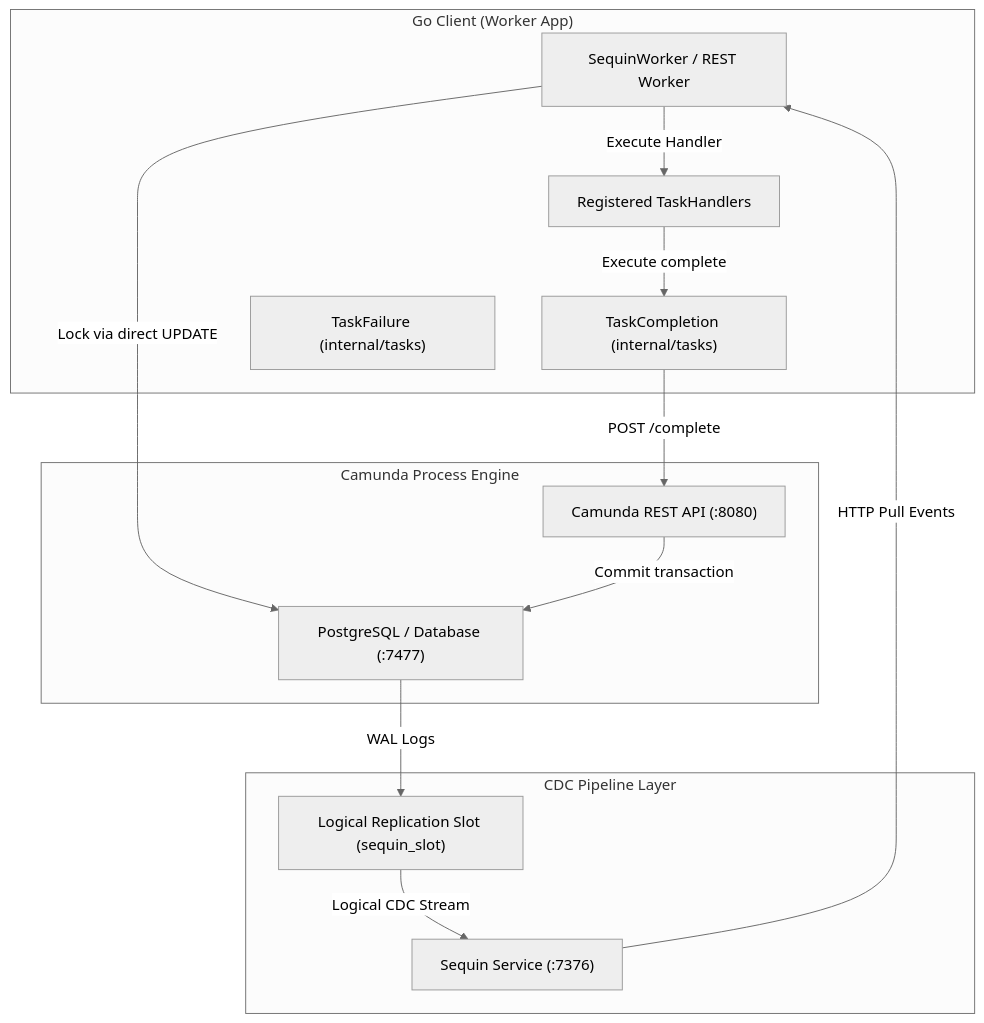
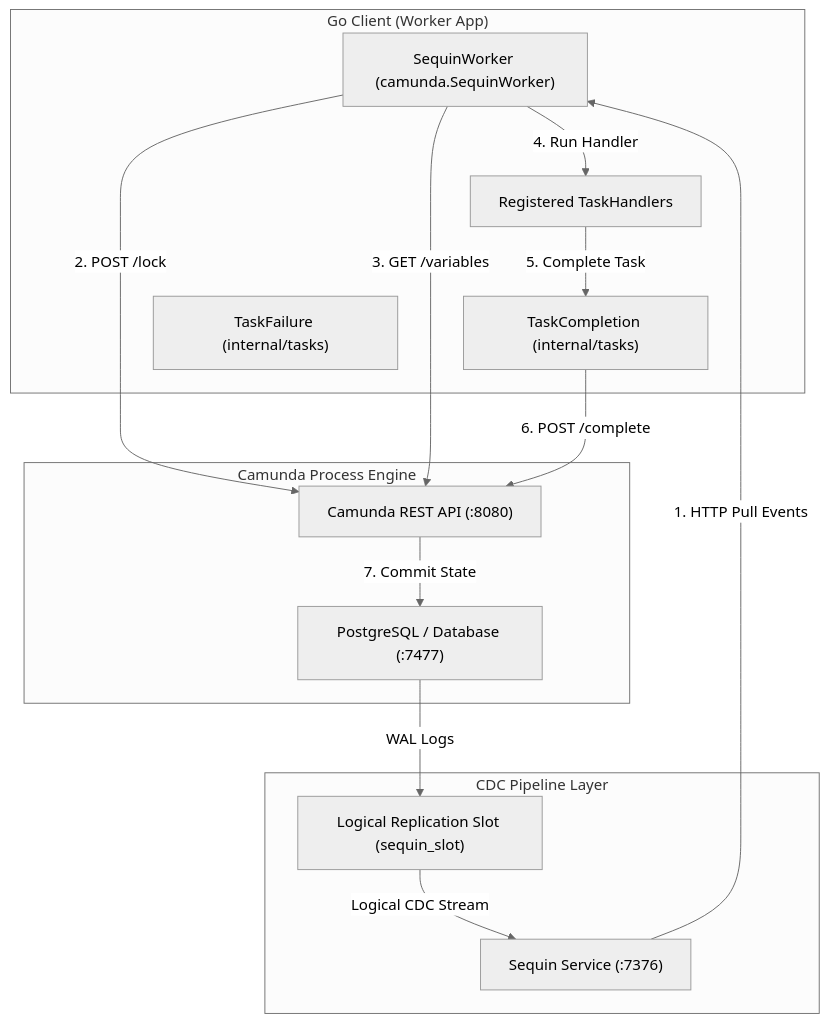
One commit to nativebpm/connectors changed the diagram in camunda/examples/loadtest/camunda-load-test-results.md. Above: the diagram before and after it, drawn with Mermaid (neutral theme). The commit also changed other lines of this file and 5 other files, not shown here.

Commit message:
feat(camunda): refactor Sequin CDC worker to run database-free, utilizing Camunda REST APIs for locking and variables

````diff
--- a/camunda/examples/loadtest/camunda-load-test-results.md
+++ b/camunda/examples/loadtest/camunda-load-test-results.md
@@ -15,31 +15,32 @@
 ```mermaid
 graph TD
     subgraph "Go Client (Worker App)"
-        Worker["SequinWorker / REST Worker"]
+        Worker["SequinWorker (camunda.SequinWorker)"]
         TC["TaskCompletion (internal/tasks)"]
         TF["TaskFailure (internal/tasks)"]
         Handlers["Registered TaskHandlers"]
     end
     
     subgraph "CDC Pipeline Layer"
         Sequin["Sequin Service (:7376)"]
         WAL["Logical Replication Slot (sequin_slot)"]
     end
     
     subgraph "Camunda Process Engine"
         REST["Camunda REST API (:8080)"]
         DB["PostgreSQL / Database (:7477)"]
     end
 
     %% WAL CDC path
     DB -->|WAL Logs| WAL
     WAL -->|Logical CDC Stream| Sequin
-    Sequin -->|HTTP Pull Events| Worker
+    Sequin -->|1. HTTP Pull Events| Worker
     
     %% Task execution path
-    Worker -->|Lock via direct UPDATE| DB
-    Worker -->|Execute Handler| Handlers
-    Handlers -->|Execute complete| TC
-    TC -->|POST /complete| REST
-    REST -->|Commit transaction| DB
+    Worker -->|2. POST /lock| REST
+    Worker -->|3. GET /variables| REST
+    Worker -->|4. Run Handler| Handlers
+    Handlers -->|5. Complete Task| TC
+    TC -->|6. POST /complete| REST
+    REST -->|7. Commit State| DB
 ```
````
